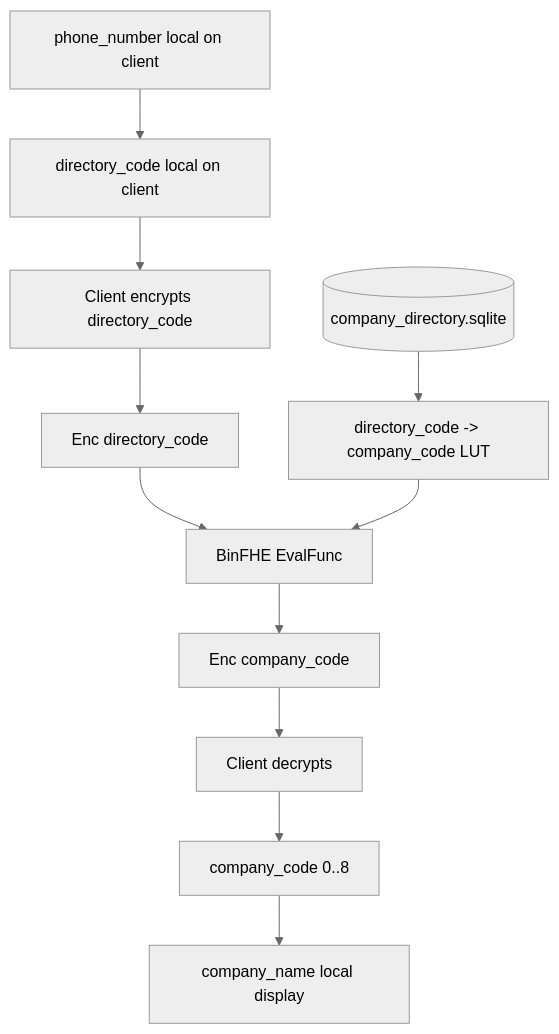
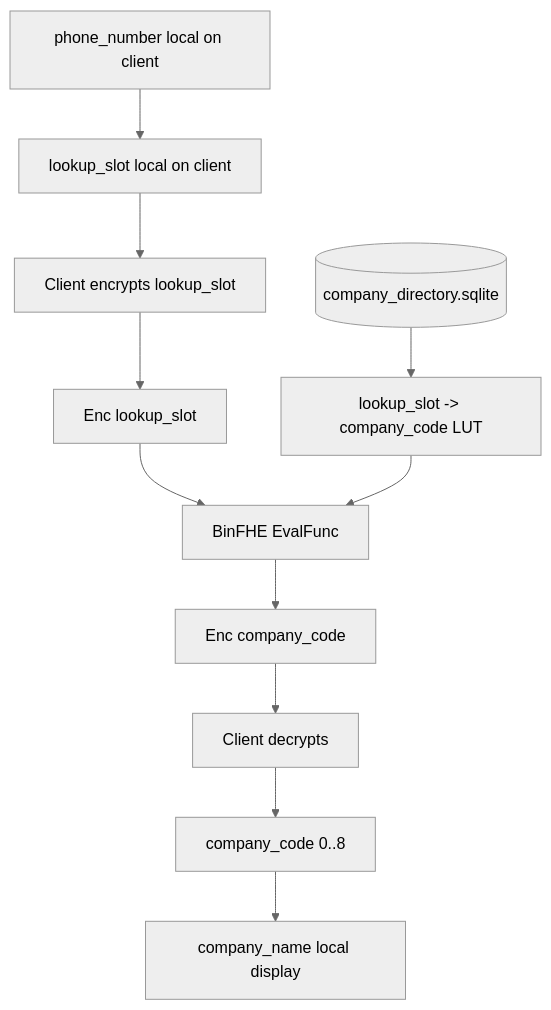
One commit to Nhatcao1/he_profiler changed the diagram in ARCHITECTURE_DIAGRAM.md. Above: the diagram before and after it, drawn with Mermaid (neutral theme). The commit also changed other lines of this file and 11 other files, not shown here.

Commit message:
Simplify phone lookup CLI

````diff
--- a/ARCHITECTURE_DIAGRAM.md
+++ b/ARCHITECTURE_DIAGRAM.md
@@ -15,14 +15,14 @@
 ```mermaid
 flowchart TD
-    PHONE[phone_number local on client] --> DC[directory_code local on client]
-    DC --> ENC[Client encrypts directory_code]
-    ENC --> CT[Enc directory_code]
+    PHONE[phone_number local on client] --> SLOT[lookup_slot local on client]
+    SLOT --> ENC[Client encrypts lookup_slot]
+    ENC --> CT[Enc lookup_slot]
 
-    DIR[(company_directory.sqlite)] --> LUT[directory_code -> company_code LUT]
+    DIR[(company_directory.sqlite)] --> LUT[lookup_slot -> company_code LUT]
     CT --> EVAL[BinFHE EvalFunc]
     LUT --> EVAL
     EVAL --> OUT[Enc company_code]
     OUT --> DEC[Client decrypts]
     DEC --> CODE[company_code 0..8]
     CODE --> NAME[company_name local display]
 ```
````
